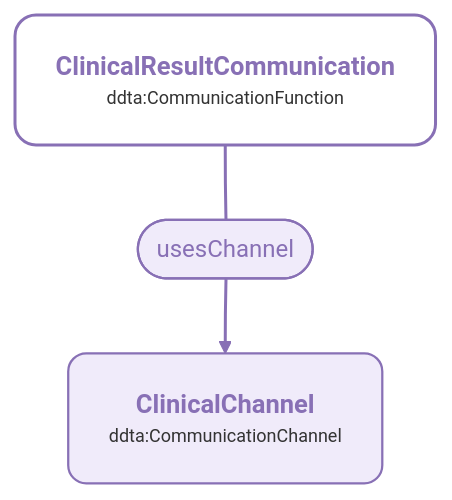
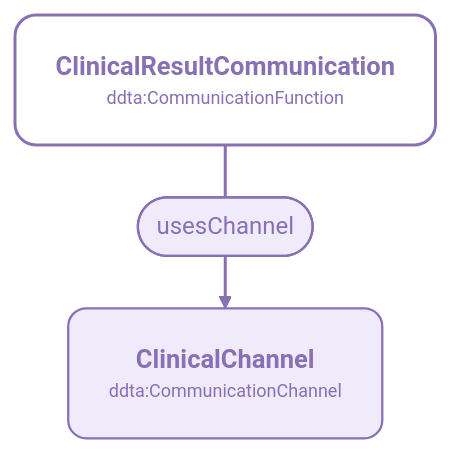
Diagram 12 of 26 in ontologies/core/DDTA_CORE_VISUALIZATION.md (nballestriero/tesiStabile), drawn with Mermaid before and after one commit. The commit also changed other lines of this file and 4 other files, not shown here.

````diff
--- a/ontologies/core/DDTA_CORE_VISUALIZATION.md
+++ b/ontologies/core/DDTA_CORE_VISUALIZATION.md
@@ -1172,12 +1462,15 @@
 ```mermaid
-%%{init: {"htmlLabels":true,"theme":"base"}}%%
+%%{init: {"htmlLabels":true,"theme":"base","layout":"elk"}}%%
 flowchart TB
-    O_6dfa289eadf04b("<div style='display:inline-block;text-align:center;white-space:nowrap;line-height:1.4;padding:8px 12px;background:transparent;opacity:1;color:#8870B5'><span style='display:block;text-align:center;font-size:17px;font-weight:700;color:#8870B5'>ClinicalChannel</span><span style='display:block;text-align:center;font-size:12px;font-weight:400;color:#8870B5'>ddta:CommunicationChannel</span></div>")
-    O_4d2fae64b52649("<div style='display:inline-block;text-align:center;white-space:nowrap;line-height:1.4;padding:8px 12px;background:transparent;opacity:1;color:#8870B5'><span style='display:block;text-align:center;font-size:17px;font-weight:700;color:#8870B5'>ClinicalResultCommunication</span><span style='display:block;text-align:center;font-size:12px;font-weight:400;color:#8870B5'>ddta:CommunicationFunction</span></div>")
-    G_ac5715962e556e(["usesChannel"])
-    O_4d2fae64b52649 --- G_ac5715962e556e --> O_6dfa289eadf04b
-    style O_6dfa289eadf04b fill:#F0EBFA,stroke:#8870B5,color:#8870B5,stroke-width:1.5px,rx:12px,ry:12px
-    style O_4d2fae64b52649 fill:#FFFFFF,stroke:#8870B5,color:#8870B5,stroke-width:2px,rx:14px,ry:14px
-    style G_ac5715962e556e fill:#F0EBFA,stroke:#8870B5,color:#8870B5,stroke-width:1.5px
+    O_b341e52fdcba17("<div style='display:inline-block;text-align:center;white-space:nowrap;line-height:1.4;padding:8px 12px;background:transparent;opacity:1;color:#8870B5'><span style='display:block;text-align:center;font-size:17px;font-weight:700;color:#8870B5'>ClinicalChannel</span><span style='display:block;text-align:center;font-size:12px;font-weight:400;color:#8870B5'>ddta:CommunicationChannel</span></div>")
+    O_2e262aff734df2("<div style='display:inline-block;text-align:center;white-space:nowrap;line-height:1.4;padding:8px 12px;background:transparent;opacity:1;color:#8870B5'><span style='display:block;text-align:center;font-size:17px;font-weight:700;color:#8870B5'>ClinicalResultCommunication</span><span style='display:block;text-align:center;font-size:12px;font-weight:400;color:#8870B5'>ddta:CommunicationFunction</span></div>")
+    G_16748a95596788(["usesChannel"])
+    O_2e262aff734df2 --- G_16748a95596788 --> O_b341e52fdcba17
+    classDef DDTA_C_7a452e043c60 fill:#F0EBFA,stroke:#8870B5,color:#8870B5,stroke-width:1.5px
+    class G_16748a95596788 DDTA_C_7a452e043c60
+    classDef DDTA_C_1ae4e3c918ad fill:#F0EBFA,stroke:#8870B5,color:#8870B5,stroke-width:1.5px,rx:12px,ry:12px
+    class O_b341e52fdcba17 DDTA_C_1ae4e3c918ad
+    classDef DDTA_C_8f7a37e1c601 fill:#FFFFFF,stroke:#8870B5,color:#8870B5,stroke-width:2px,rx:14px,ry:14px
+    class O_2e262aff734df2 DDTA_C_8f7a37e1c601
     linkStyle 0,1 stroke:#8870B5,stroke-width:2px
 ```
````
